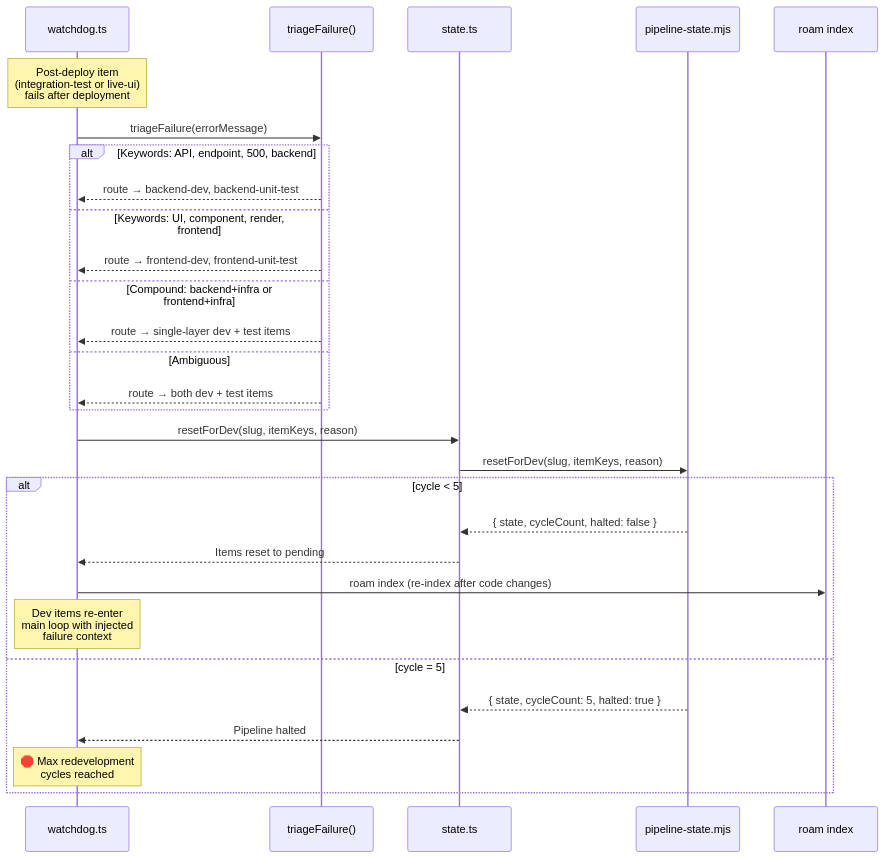
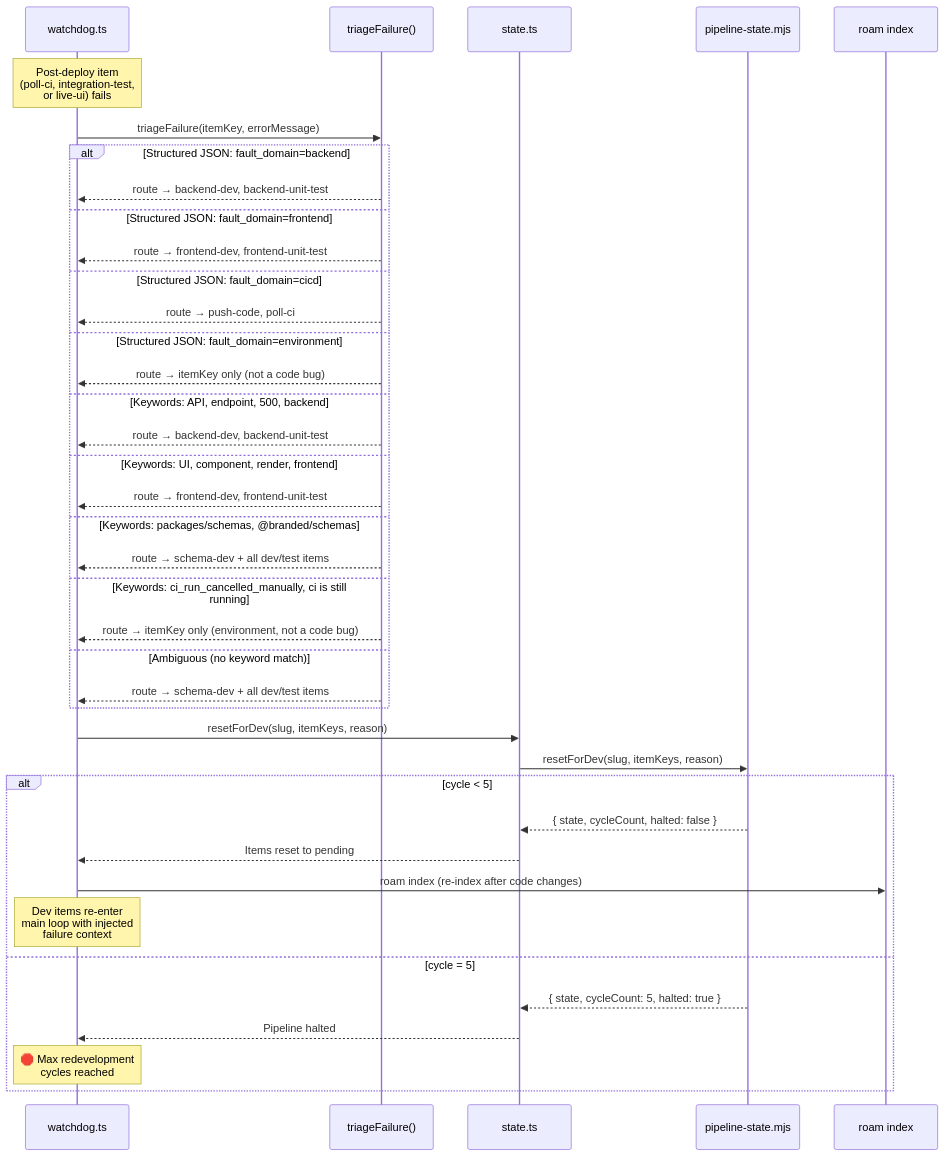
Before and after one commit to RomanKaliupinMelonusa/DAGent-t: the fourth of 7 diagrams in tools/autonomous-factory/docs/04-state-machine.md, drawn with Mermaid. The commit also changed other lines of this file and 4 other files, not shown here.

First line of the commit message:
Add ci-integration and poll-ci triage docs

````diff
--- a/tools/autonomous-factory/docs/04-state-machine.md
+++ b/tools/autonomous-factory/docs/04-state-machine.md
@@ -165,36 +165,46 @@
 ```mermaid
 sequenceDiagram
     participant W as watchdog.ts
     participant TF as triageFailure()
     participant S as state.ts
     participant PS as pipeline-state.mjs
     participant R as roam index
 
-    Note over W: Post-deploy item<br/>(integration-test or live-ui)<br/>fails after deployment
+    Note over W: Post-deploy item<br/>(poll-ci, integration-test,<br/>or live-ui) fails
 
-    W->>TF: triageFailure(errorMessage)
+    W->>TF: triageFailure(itemKey, errorMessage)
 
-    alt Keywords: API, endpoint, 500, backend
+    alt Structured JSON: fault_domain=backend
+        TF-->>W: route → backend-dev, backend-unit-test
+    else Structured JSON: fault_domain=frontend
+        TF-->>W: route → frontend-dev, frontend-unit-test
+    else Structured JSON: fault_domain=cicd
+        TF-->>W: route → push-code, poll-ci
+    else Structured JSON: fault_domain=environment
+        TF-->>W: route → itemKey only (not a code bug)
+    else Keywords: API, endpoint, 500, backend
         TF-->>W: route → backend-dev, backend-unit-test
     else Keywords: UI, component, render, frontend
         TF-->>W: route → frontend-dev, frontend-unit-test
-    else Compound: backend+infra or frontend+infra
-        TF-->>W: route → single-layer dev + test items
-    else Ambiguous
-        TF-->>W: route → both dev + test items
+    else Keywords: packages/schemas, @branded/schemas
+        TF-->>W: route → schema-dev + all dev/test items
+    else Keywords: ci_run_cancelled_manually, ci is still running
+        TF-->>W: route → itemKey only (environment, not a code bug)
+    else Ambiguous (no keyword match)
+        TF-->>W: route → schema-dev + all dev/test items
     end
 
     W->>S: resetForDev(slug, itemKeys, reason)
     S->>PS: resetForDev(slug, itemKeys, reason)
 
     alt cycle < 5
         PS-->>S: { state, cycleCount, halted: false }
         S-->>W: Items reset to pending
         W->>R: roam index (re-index after code changes)
         Note over W: Dev items re-enter<br/>main loop with injected<br/>failure context
     else cycle = 5
         PS-->>S: { state, cycleCount: 5, halted: true }
         S-->>W: Pipeline halted
         Note over W: 🛑 Max redevelopment<br/>cycles reached
     end
 ```
````
